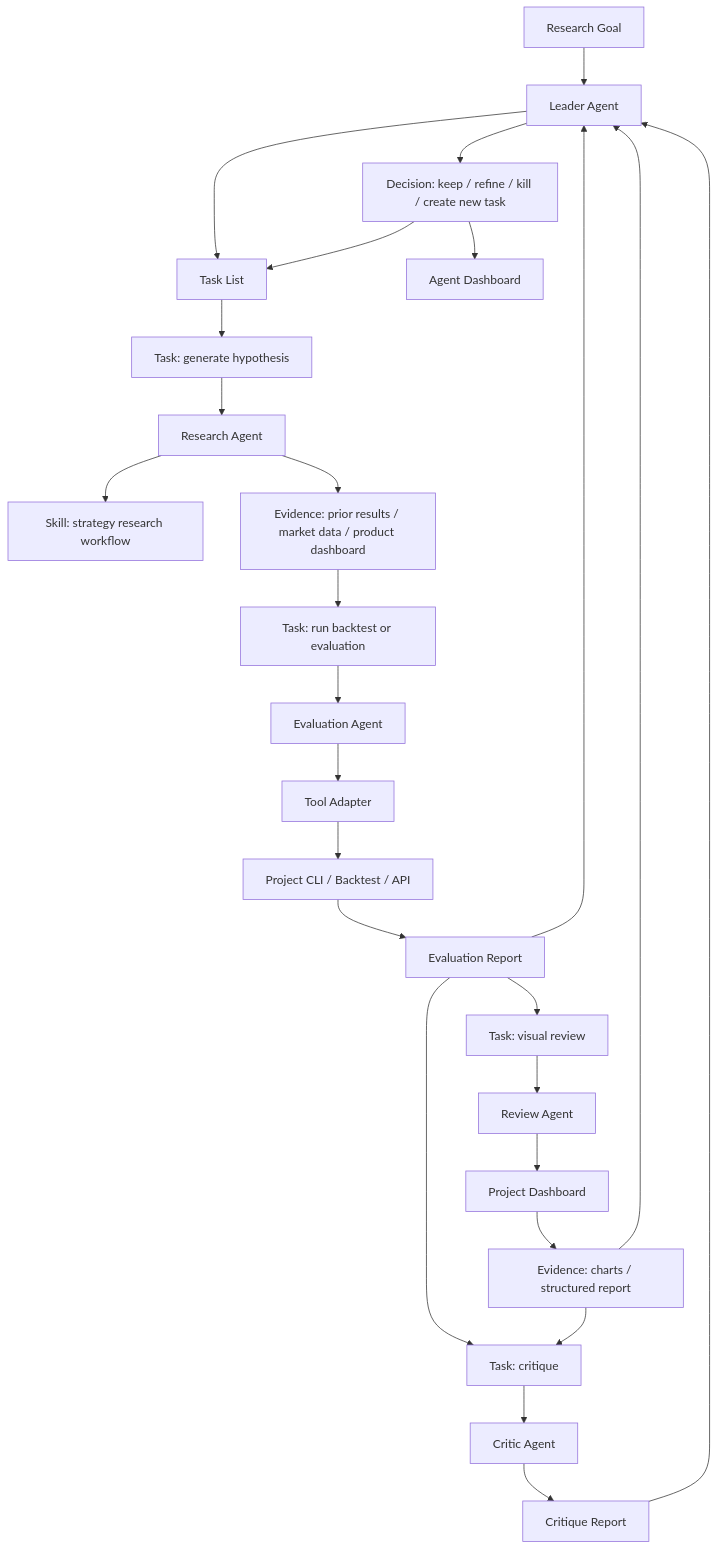
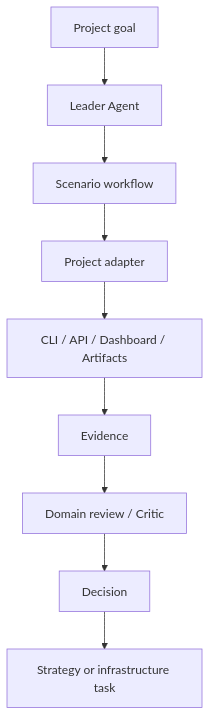
Before and after one commit to cyl19970726/multi-agent-harness: the second of 3 diagrams in docs/prd.md, drawn with Mermaid. The commit also changed other lines of this file and 31 other files, not shown here.

````diff
--- a/docs/prd.md
+++ b/docs/prd.md
@@ -395,33 +118,11 @@
 ```mermaid
 flowchart TD
-  U[Research Goal] --> L[Leader Agent]
-  L --> TL[Task List]
-
-  TL --> H[Task: generate hypothesis]
-  H --> AH[Research Agent]
-  AH --> S1[Skill: strategy research workflow]
-  AH --> E0[Evidence: prior results / market data / product dashboard]
-
-  E0 --> B[Task: run backtest or evaluation]
-  B --> AE[Evaluation Agent]
-  AE --> TA[Tool Adapter]
-  TA --> CLI[Project CLI / Backtest / API]
-  CLI --> BR[Evaluation Report]
-
-  BR --> V[Task: visual review]
-  V --> AV[Review Agent]
-  AV --> PD[Project Dashboard]
-  PD --> EV[Evidence: charts / structured report]
-
-  BR --> C[Task: critique]
-  EV --> C
-  C --> AC[Critic Agent]
-  AC --> CR[Critique Report]
-
-  CR --> L
-  EV --> L
-  BR --> L
-  L --> D[Decision: keep / refine / kill / create new task]
-  D --> TL
-  D --> AD[Agent Dashboard]
+  G[Project goal] --> L[Leader Agent]
+  L --> S[Scenario workflow]
+  S --> Adapter[Project adapter]
+  Adapter --> CLI[CLI / API / Dashboard / Artifacts]
+  CLI --> E[Evidence]
+  E --> Review[Domain review / Critic]
+  Review --> D[Decision]
+  D --> Next[Strategy or infrastructure task]
 ```
````
